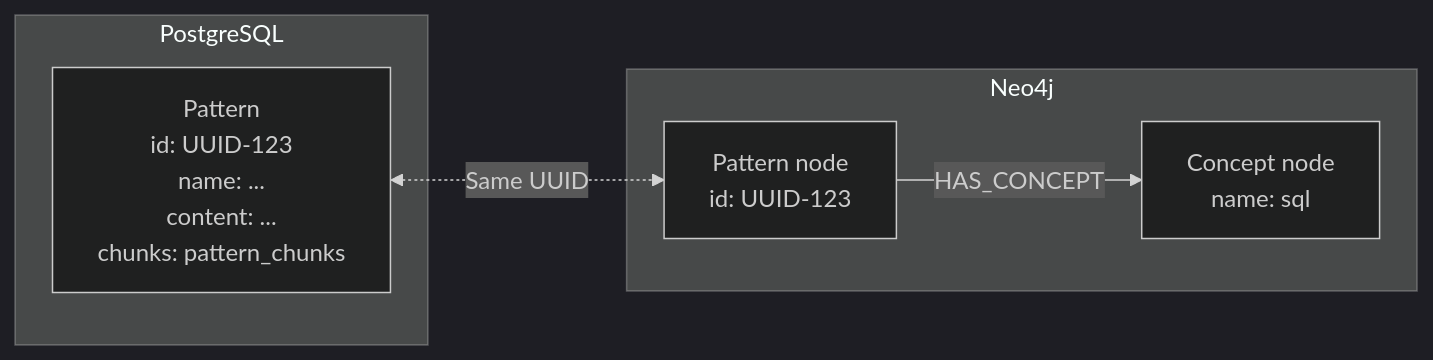
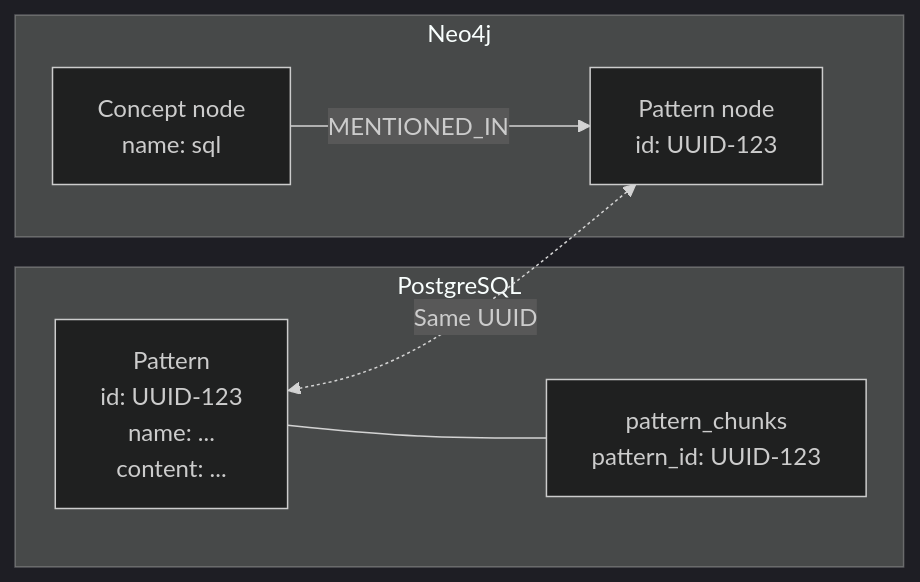
One commit to twistingmercury/mnemonic-docs changed the second of 5 diagrams in docs/architecture/system/05-database-integration-flow.md. Above: the diagram before and after it, drawn with Mermaid (dark theme). The commit also changed other lines of this file and 41 other files, not shown here.

````diff
--- a/docs/architecture/system/05-database-integration-flow.md
+++ b/docs/architecture/system/05-database-integration-flow.md
@@ -173,14 +182,16 @@
 ```mermaid
 flowchart LR
     subgraph PostgreSQL
-        P["Pattern<br/>id: UUID-123<br/>name: ...<br/>content: ...<br/>chunks: pattern_chunks"]
+        P["Pattern<br/>id: UUID-123<br/>name: ...<br/>content: ..."]
+        CH["pattern_chunks<br/>pattern_id: UUID-123"]
+        P --- CH
     end
 
     subgraph Neo4j
         NP["Pattern node<br/>id: UUID-123"]
         NC["Concept node<br/>name: sql"]
-        NP -->|HAS_CONCEPT| NC
+        NC -->|MENTIONED_IN| NP
     end
 
     P <-.->|Same UUID| NP
 ```
````
